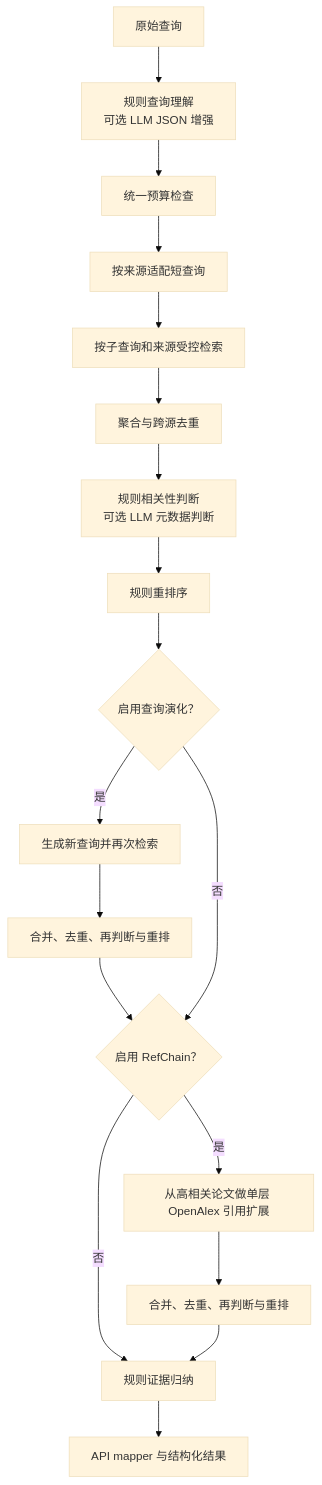
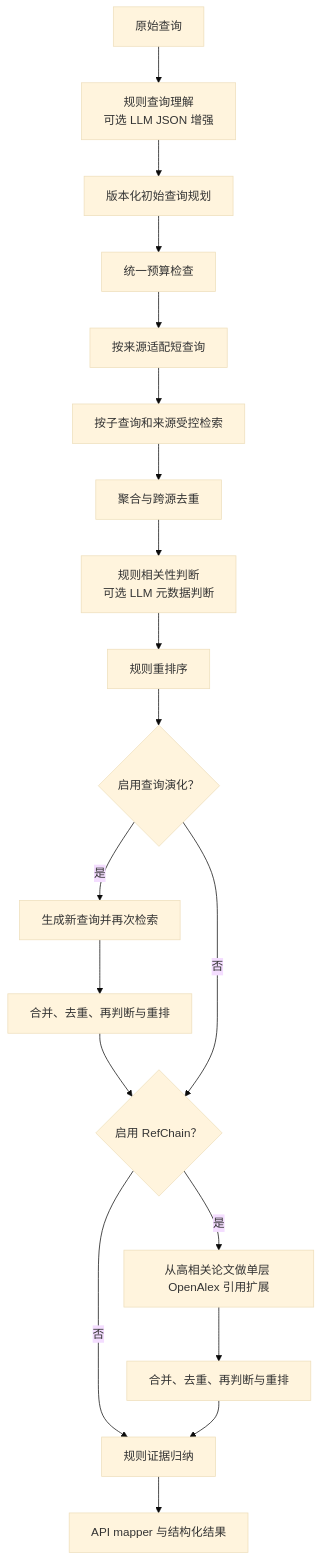
The second of 2 diagrams in docs/architecture.md (solace47/ScholarNavigator), drawn with Mermaid (base theme) before and after one commit. The commit also changed other lines of this file and 31 other files, not shown here.

````diff
--- a/docs/architecture.md
+++ b/docs/architecture.md
@@ -29,20 +29,21 @@
 ```mermaid
 flowchart TD
     Q["原始查询"] --> U["规则查询理解<br/>可选 LLM JSON 增强"]
-    U --> B["统一预算检查"]
+    U --> P["版本化初始查询规划"]
+    P --> B["统一预算检查"]
     B --> A["按来源适配短查询"]
     A --> R["按子查询和来源受控检索"]
     R --> D["聚合与跨源去重"]
     D --> J["规则相关性判断<br/>可选 LLM 元数据判断"]
     J --> K["规则重排序"]
     K --> E{"启用查询演化？"}
     E -->|是| ER["生成新查询并再次检索"]
     ER --> ED["合并、去重、再判断与重排"]
     ED --> F
     E -->|否| F{"启用 RefChain？"}
     F -->|是| FR["从高相关论文做单层 OpenAlex 引用扩展"]
     FR --> D2["合并、去重、再判断与重排"]
     F -->|否| Y["规则证据归纳"]
     D2 --> Y
     Y --> O["API mapper 与结构化结果"]
 ```
````
